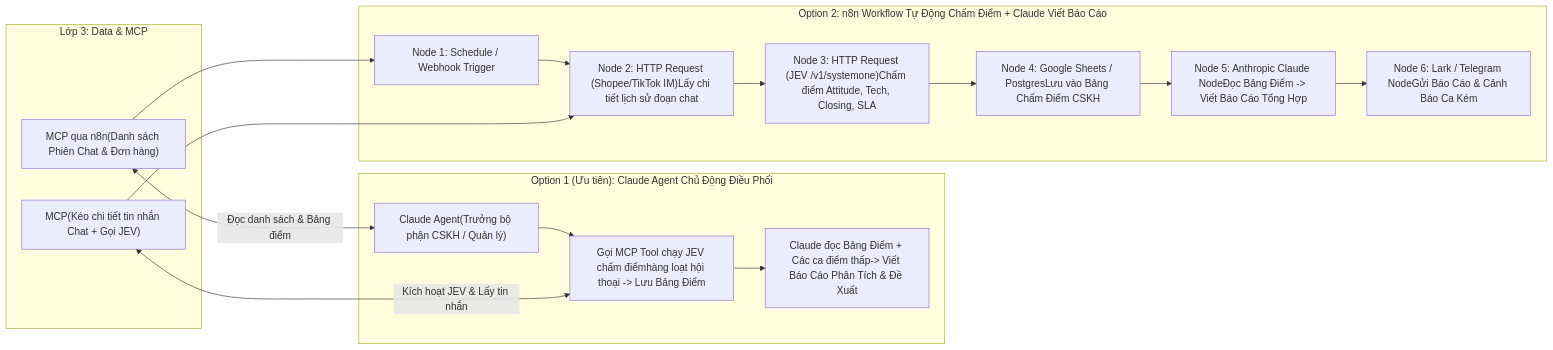
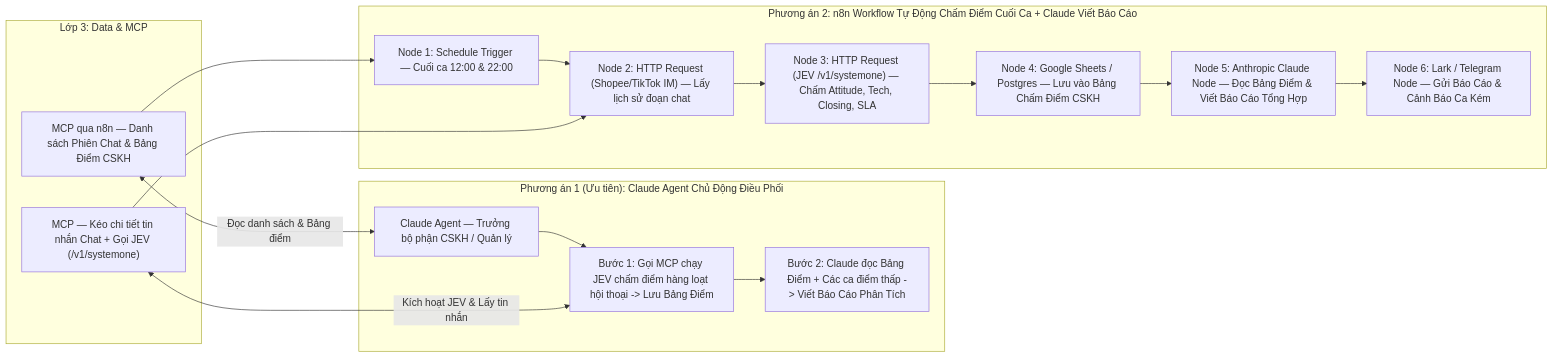
Before and after one commit to hattorimkk/api-docs: the sixth of 17 diagrams in SYSTEM_ARCHITECTURE.md, drawn with Mermaid. The commit also changed other lines of this file, not shown here.

````diff
--- a/SYSTEM_ARCHITECTURE.md
+++ b/SYSTEM_ARCHITECTURE.md
@@ -406,30 +525,30 @@
 ```mermaid
 flowchart LR
-    subgraph L3_SRC["Lớp 3: Data & MCP"]
-        MCP_D["MCP qua n8n(Danh sách Phiên Chat & Đơn hàng)"]
-        MCP_A["MCP(Kéo chi tiết tin nhắn Chat + Gọi JEV)"]
+    subgraph L3_2A["Lớp 3: Data & MCP"]
+        MCP_D2A["MCP qua n8n — Danh sách Phiên Chat & Bảng Điểm CSKH"]
+        MCP_A2A["MCP — Kéo chi tiết tin nhắn Chat + Gọi JEV (/v1/systemone)"]
     end
 
-    subgraph OPT1_CS["Option 1 (Ưu tiên): Claude Agent Chủ Động Điều Phối"]
-        CLAUDE_CS["Claude Agent(Trưởng bộ phận CSKH / Quản lý)"]
-        STEP_JEV1["Gọi MCP Tool chạy JEV chấm điểmhàng loạt hội thoại -> Lưu Bảng Điểm"]
-        STEP_REP1["Claude đọc Bảng Điểm + Các ca điểm thấp-> Viết Báo Cáo Phân Tích & Đề Xuất"]
-        CLAUDE_CS --> STEP_JEV1 --> STEP_REP1
+    subgraph OPT1_2A["Phương án 1 (Ưu tiên): Claude Agent Chủ Động Điều Phối"]
+        CLAUDE_2A["Claude Agent — Trưởng bộ phận CSKH / Quản lý"]
+        STEP_JEV2A["Bước 1: Gọi MCP chạy JEV chấm điểm hàng loạt hội thoại -> Lưu Bảng Điểm"]
+        STEP_REP2A["Bước 2: Claude đọc Bảng Điểm + Các ca điểm thấp -> Viết Báo Cáo Phân Tích"]
+        CLAUDE_2A --> STEP_JEV2A --> STEP_REP2A
     end
 
-    subgraph OPT2_CS["Option 2: n8n Workflow Tự Động Chấm Điểm + Claude Viết Báo Cáo"]
-        N_CS1["Node 1: Schedule / Webhook Trigger"]
-        N_CS2["Node 2: HTTP Request (Shopee/TikTok IM)Lấy chi tiết lịch sử đoạn chat"]
-        N_CS3["Node 3: HTTP Request (JEV /v1/systemone)Chấm điểm Attitude, Tech, Closing, SLA"]
-        N_CS4["Node 4: Google Sheets / PostgresLưu vào Bảng Chấm Điểm CSKH"]
-        N_CS5["Node 5: Anthropic Claude NodeĐọc Bảng Điểm -> Viết Báo Cáo Tổng Hợp"]
-        N_CS6["Node 6: Lark / Telegram NodeGửi Báo Cáo & Cảnh Báo Ca Kém"]
-        N_CS1 --> N_CS2 --> N_CS3 --> N_CS4 --> N_CS5 --> N_CS6
+    subgraph OPT2_2A["Phương án 2: n8n Workflow Tự Động Chấm Điểm Cuối Ca + Claude Viết Báo Cáo"]
+        NCS_1["Node 1: Schedule Trigger — Cuối ca 12:00 & 22:00"]
+        NCS_2["Node 2: HTTP Request (Shopee/TikTok IM) — Lấy lịch sử đoạn chat"]
+        NCS_3["Node 3: HTTP Request (JEV /v1/systemone) — Chấm Attitude, Tech, Closing, SLA"]
+        NCS_4["Node 4: Google Sheets / Postgres — Lưu vào Bảng Chấm Điểm CSKH"]
+        NCS_5["Node 5: Anthropic Claude Node — Đọc Bảng Điểm & Viết Báo Cáo Tổng Hợp"]
+        NCS_6["Node 6: Lark / Telegram Node — Gửi Báo Cáo & Cảnh Báo Ca Kém"]
+        NCS_1 --> NCS_2 --> NCS_3 --> NCS_4 --> NCS_5 --> NCS_6
     end
 
-    MCP_D <-->|"Đọc danh sách & Bảng điểm"| CLAUDE_CS
-    MCP_A <-->|"Kích hoạt JEV & Lấy tin nhắn"| STEP_JEV1
+    MCP_D2A <-->|"Đọc danh sách & Bảng điểm"| CLAUDE_2A
+    MCP_A2A <-->|"Kích hoạt JEV & Lấy tin nhắn"| STEP_JEV2A
 
-    MCP_D --> N_CS1
-    MCP_A --> N_CS2
+    MCP_D2A --> NCS_1
+    MCP_A2A --> NCS_2
 ```
````
